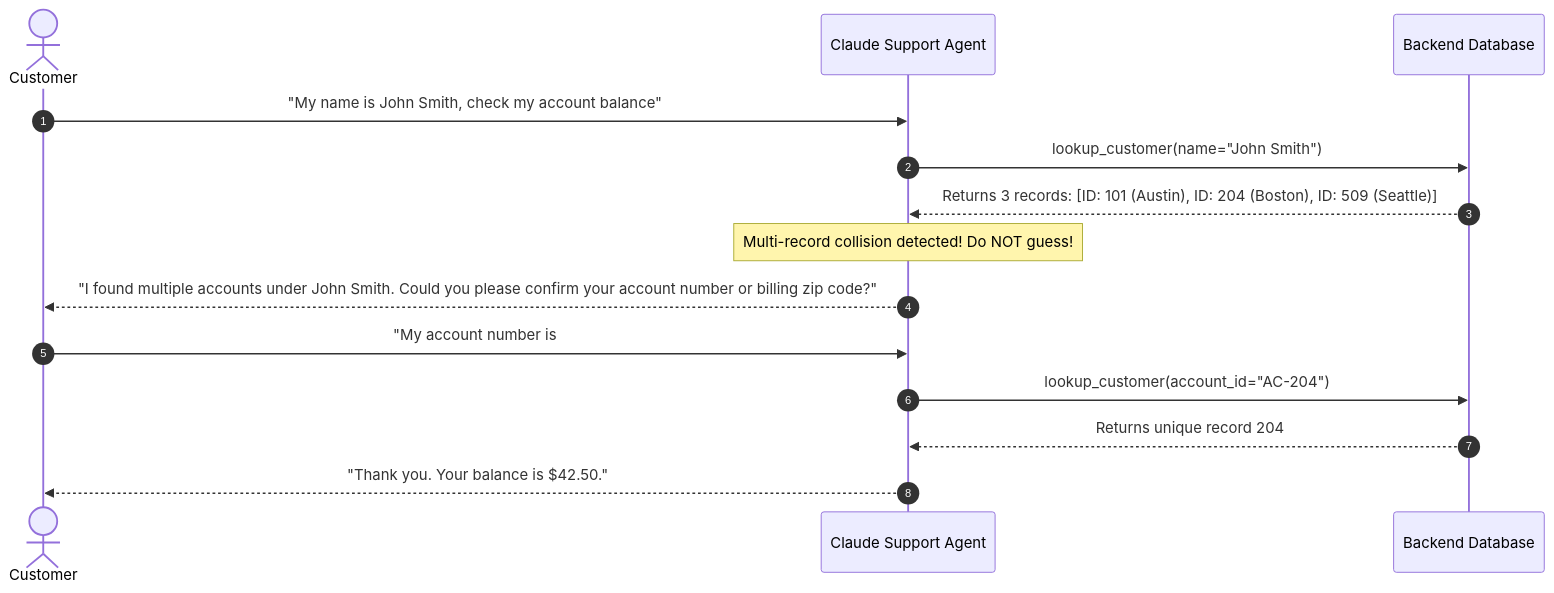
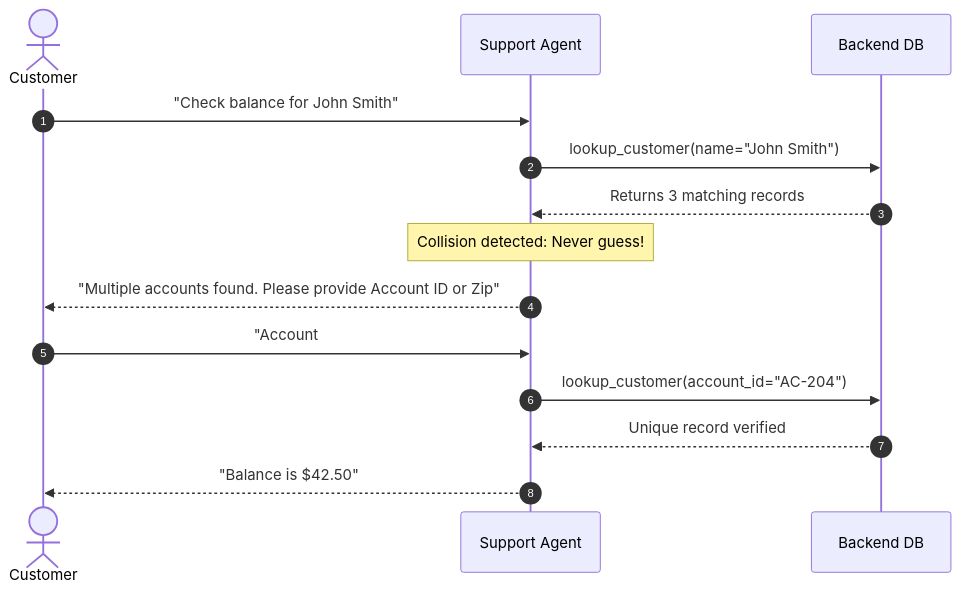
The fourth of 6 diagrams in domain5/KEY_CONCEPTS.md (dip4k/claude_cert_architect_foundation_prep), drawn with Mermaid before and after one commit. The commit also changed other lines of this file and 30 other files, not shown here.

Commit message:
docs: enhance domain and scenario guides with exam rules, golden rules, and simplified GitHub mermaid diagrams

````diff
--- a/domain5/KEY_CONCEPTS.md
+++ b/domain5/KEY_CONCEPTS.md
@@ -151,17 +138,17 @@
 ```mermaid
 sequenceDiagram
     autonumber
     actor User as Customer
-    participant Agent as Claude Support Agent
-    participant DB as Backend Database
+    participant Agent as Support Agent
+    participant DB as Backend DB
 
-    User->>Agent: "My name is John Smith, check my account balance"
+    User->>Agent: "Check balance for John Smith"
     Agent->>DB: lookup_customer(name="John Smith")
-    DB-->>Agent: Returns 3 records: [ID: 101 (Austin), ID: 204 (Boston), ID: 509 (Seattle)]
-    Note over Agent: Multi-record collision detected! Do NOT guess!
-    Agent-->>User: "I found multiple accounts under John Smith. Could you please confirm your account number or billing zip code?"
-    User->>Agent: "My account number is #AC-204"
+    DB-->>Agent: Returns 3 matching records
+    Note over Agent: Collision detected: Never guess!
+    Agent-->>User: "Multiple accounts found. Please provide Account ID or Zip"
+    User->>Agent: "Account #AC-204"
     Agent->>DB: lookup_customer(account_id="AC-204")
-    DB-->>Agent: Returns unique record 204
-    Agent-->>User: "Thank you. Your balance is $42.50."
+    DB-->>Agent: Unique record verified
+    Agent-->>User: "Balance is $42.50"
 ```
````
